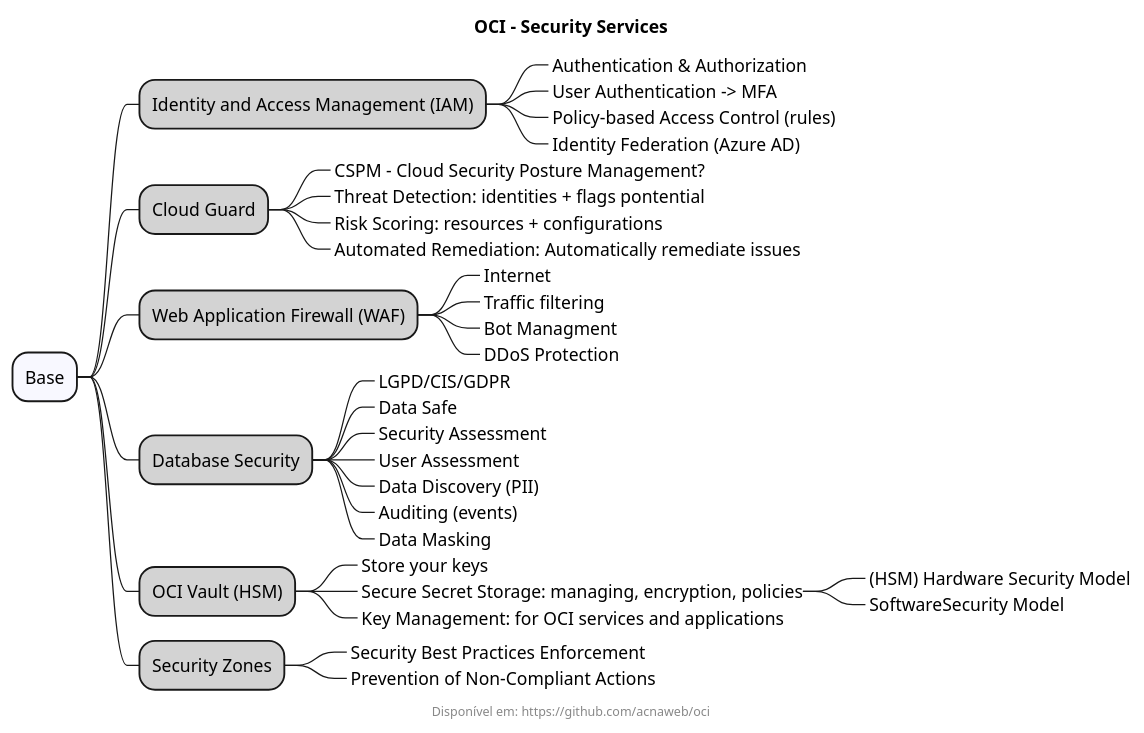
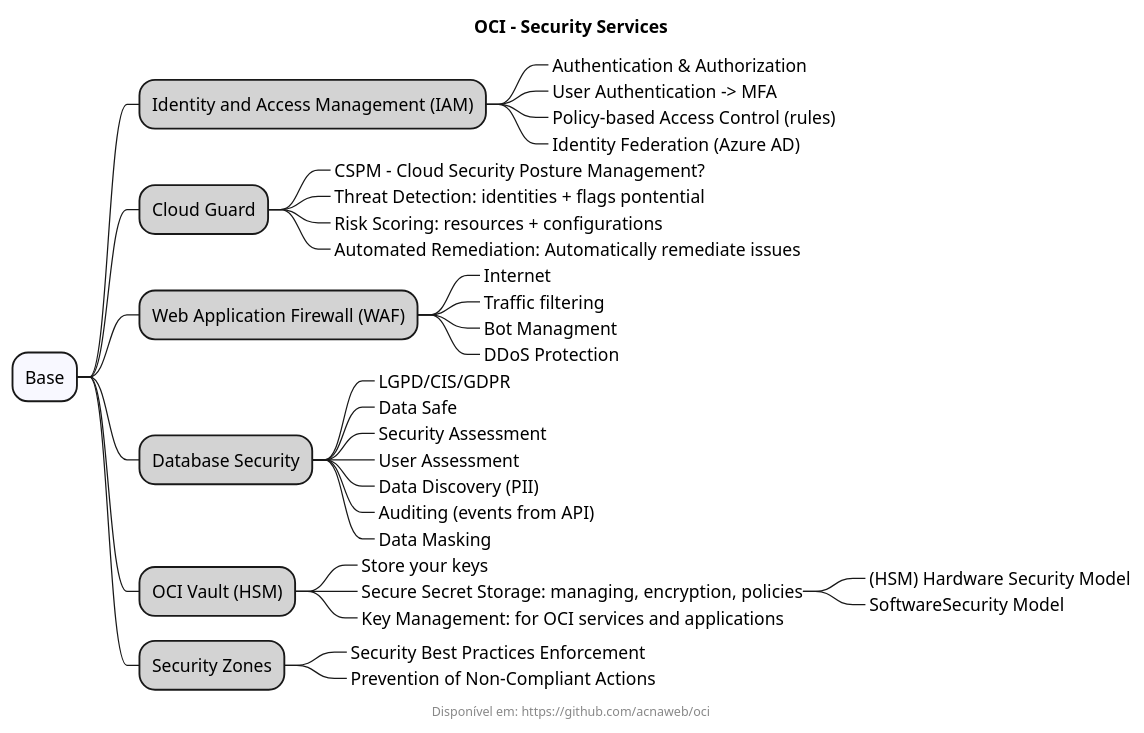
Before and after one commit to acnaweb/oci: the diagram in docs/security/security_services.wsd, drawn with PlantUML. The commit also changed 4 other files, not shown here.

```diff
--- a/docs/security/security_services.wsd
+++ b/docs/security/security_services.wsd
@@ -1,46 +1,46 @@
 @startmindmap
 
 title "OCI - Security Services"
 footer Disponível em: https://github.com/acnaweb/oci
 
 *[#F8F8FF] Base
 
 **[#LightGray] Identity and Access Management (IAM)
 ***_ Authentication & Authorization
 ***_ User Authentication -> MFA
 ***_ Policy-based Access Control (rules)
 ***_ Identity Federation (Azure AD)
 
 **[#LightGray] Cloud Guard
 ***_ CSPM - Cloud Security Posture Management?
 ***_ Threat Detection: identities + flags pontential 
 ***_ Risk Scoring: resources + configurations 
 ***_ Automated Remediation: Automatically remediate issues
 
 **[#LightGray] Web Application Firewall (WAF)
 ***_ Internet
 ***_ Traffic filtering
 ***_ Bot Managment
 ***_ DDoS Protection
 
 **[#LightGray] Database Security
 ***_ LGPD/CIS/GDPR
 ***_ Data Safe
 ***_ Security Assessment
 ***_ User Assessment
 ***_ Data Discovery (PII)
-***_ Auditing (events)
+***_ Auditing (events from API)
 ***_ Data Masking
 
 **[#LightGray] OCI Vault (HSM)
 ***_ Store your keys
 ***_ Secure Secret Storage: managing, encryption, policies
 ****_ (HSM) Hardware Security Model
 ****_ SoftwareSecurity Model
 ***_ Key Management: for OCI services and applications
 
 **[#LightGray] Security Zones
 ***_ Security Best Practices Enforcement
 ***_ Prevention of Non-Compliant Actions
 
 @endmindmap
```
